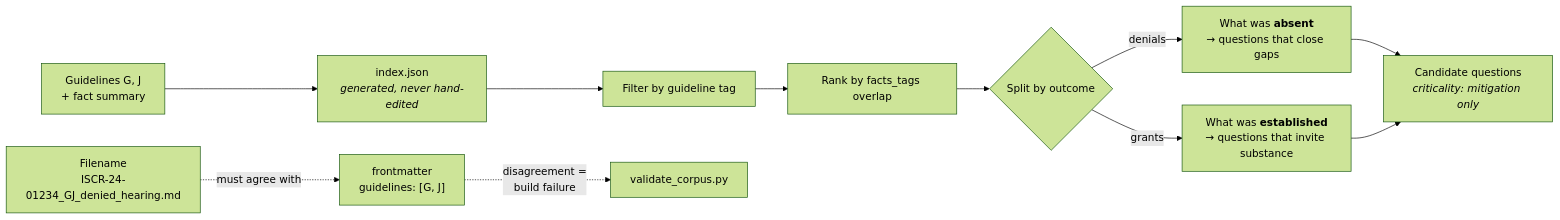
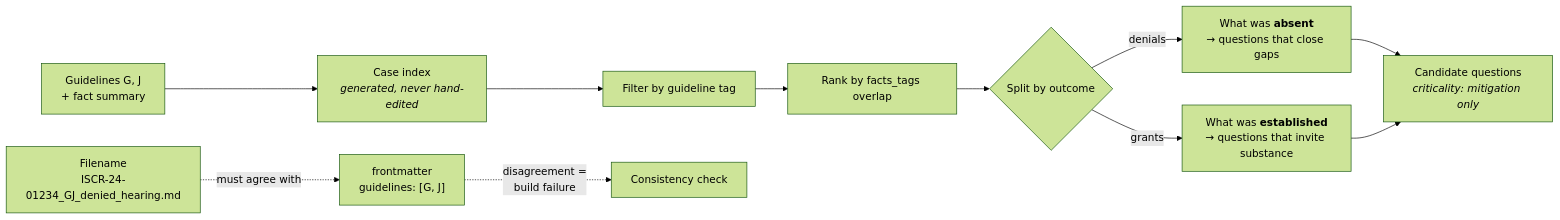
Before and after one commit to adamsdarin/adverse-information-assistant: the ninth of 9 diagrams in PROCESS.md, drawn with Mermaid (forest theme). The commit also changed other lines of this file and 128 other files, not shown here.

````diff
--- a/PROCESS.md
+++ b/PROCESS.md
@@ -314,14 +487,14 @@
 ```mermaid
 flowchart LR
-    Q["Guidelines G, J<br/>+ fact summary"] --> IDX["index.json<br/><i>generated, never hand-edited</i>"]
+    Q["Guidelines G, J<br/>+ fact summary"] --> IDX["Case index<br/><i>generated, never hand-edited</i>"]
     IDX --> FLT["Filter by guideline tag"]
     FLT --> RNK["Rank by facts_tags overlap"]
     RNK --> SPL{"Split by outcome"}
     SPL -->|denials| D["What was <b>absent</b><br/>→ questions that close gaps"]
     SPL -->|grants| G["What was <b>established</b><br/>→ questions that invite substance"]
     D --> OUT["Candidate questions<br/><i>criticality: mitigation only</i>"]
     G --> OUT
 
     FN["Filename<br/>ISCR-24-01234_GJ_denied_hearing.md"] -.->|"must agree with"| FMT["frontmatter<br/>guidelines: [G, J]"]
-    FMT -.->|"disagreement =<br/>build failure"| VAL["validate_corpus.py"]
+    FMT -.->|"disagreement =<br/>build failure"| VAL["Consistency check"]
 ```
````
